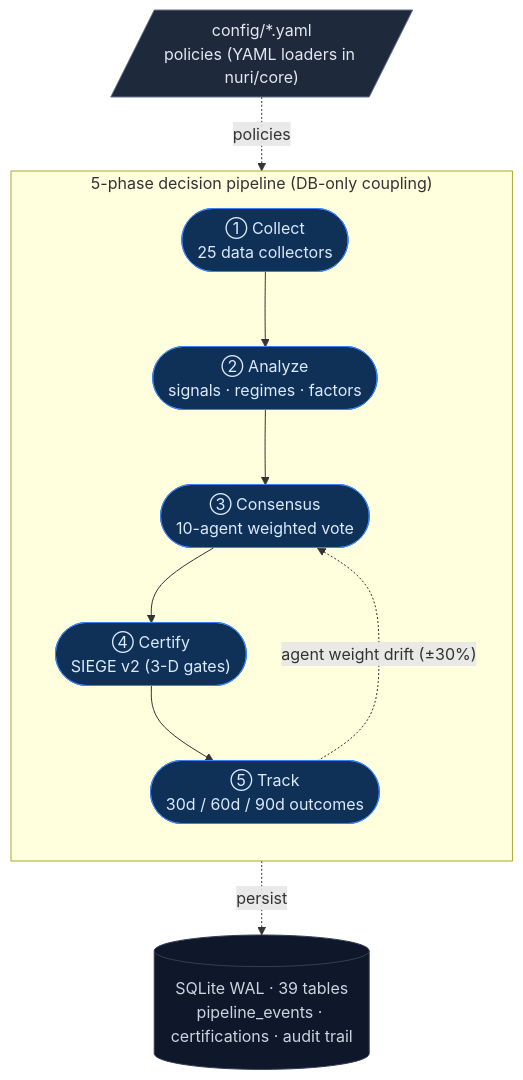
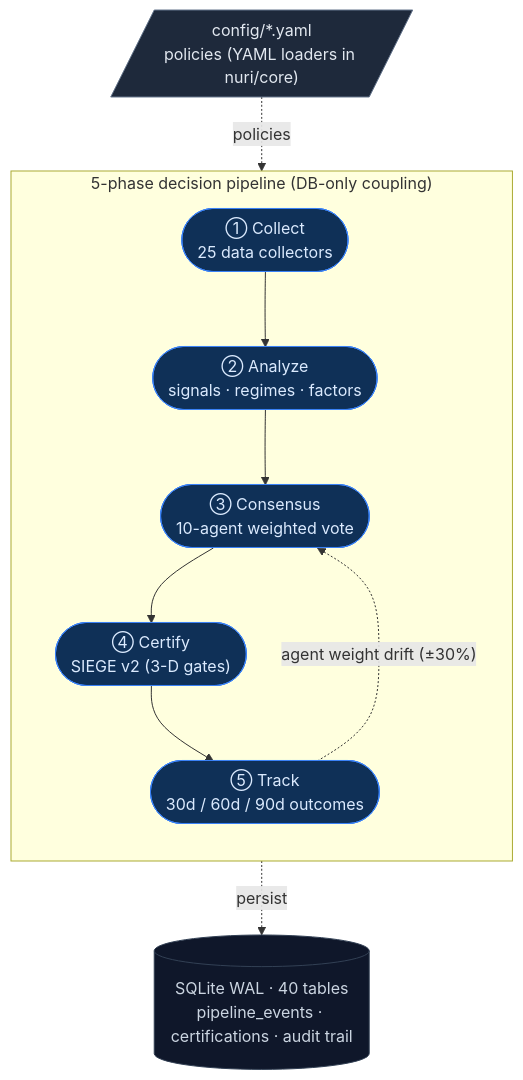
Before and after one commit to researcherhojin/nuri-quant: the diagram in README.md, drawn with Mermaid. The commit also changed 9 other files, not shown here.

````diff
--- a/README.md
+++ b/README.md
@@ -17,25 +17,25 @@
 ```mermaid
 flowchart TB
     CFG[/"config/*.yaml<br/>policies (YAML loaders in nuri/core)"/]:::source
 
     subgraph Pipeline["5-phase decision pipeline (DB-only coupling)"]
         direction TB
         A(["① Collect<br/>25 data collectors"]):::pipe
         B(["② Analyze<br/>signals · regimes · factors"]):::pipe
         C(["③ Consensus<br/>10-agent weighted vote"]):::pipe
         D(["④ Certify<br/>SIEGE v2 (3-D gates)"]):::pipe
         E(["⑤ Track<br/>30d / 60d / 90d outcomes"]):::pipe
 
         A --> B --> C --> D --> E
         E -. "agent weight drift (±30%)" .-> C
     end
 
-    DB[("SQLite WAL · 39 tables<br/>pipeline_events · certifications · audit trail")]:::sink
+    DB[("SQLite WAL · 40 tables<br/>pipeline_events · certifications · audit trail")]:::sink
 
     CFG -. policies .-> Pipeline
     Pipeline -. persist .-> DB
 
     classDef source fill:#1e293b,stroke:#64748b,color:#e2e8f0
     classDef pipe   fill:#0f3057,stroke:#3b82f6,color:#dbeafe
     classDef sink   fill:#0f172a,stroke:#334155,color:#cbd5e1
 ```
````
